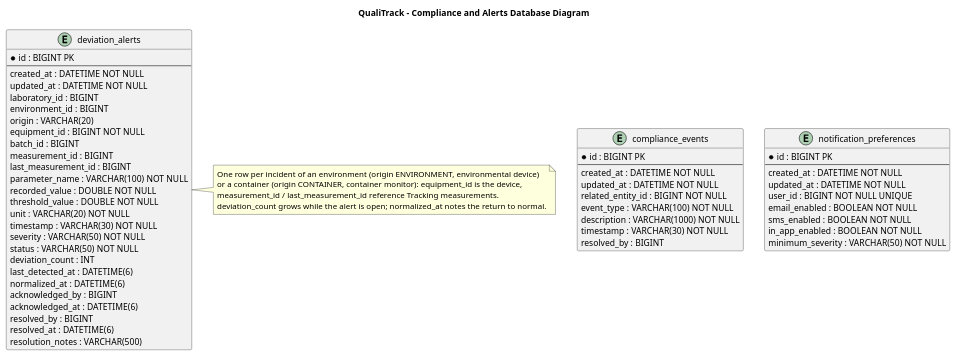
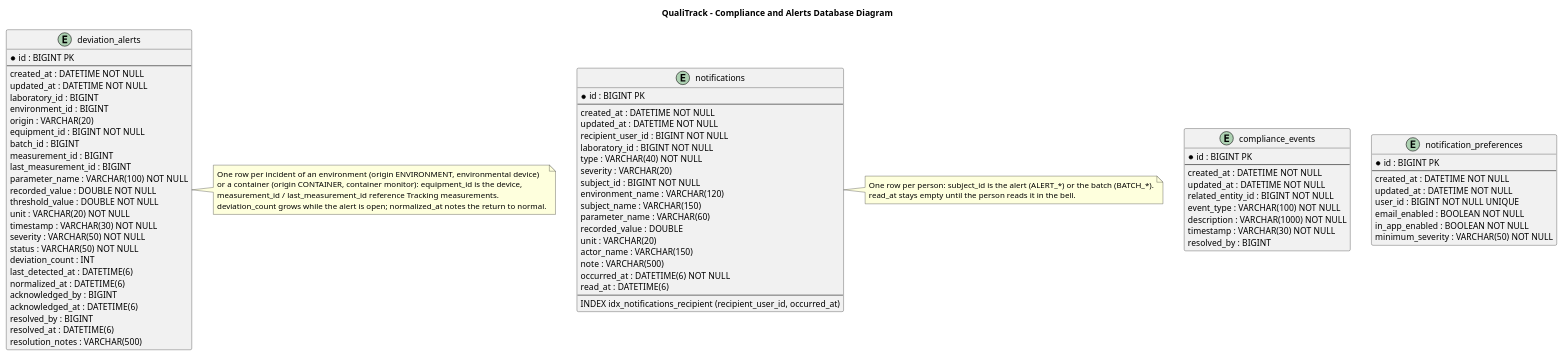
The diagram in docs/diagrams/ca/ca-database-diagram.puml (IoTech-2620-8741/qualitrack-platform), drawn with PlantUML before and after one commit. The commit also changed 9 other files, not shown here.

Commit message:
docs(diagrams): profile context, notifications and account changes

```diff
--- a/docs/diagrams/ca/ca-database-diagram.puml
+++ b/docs/diagrams/ca/ca-database-diagram.puml
@@ -1,68 +1,95 @@
 @startuml ca-database-diagram
 
 title QualiTrack - Compliance and Alerts Database Diagram
 
 hide methods
 hide stereotypes
 
 entity "deviation_alerts" {
   * id : BIGINT PK
   --
   created_at : DATETIME NOT NULL
   updated_at : DATETIME NOT NULL
   laboratory_id : BIGINT
   environment_id : BIGINT
   origin : VARCHAR(20)
   equipment_id : BIGINT NOT NULL
   batch_id : BIGINT
   measurement_id : BIGINT
   last_measurement_id : BIGINT
   parameter_name : VARCHAR(100) NOT NULL
   recorded_value : DOUBLE NOT NULL
   threshold_value : DOUBLE NOT NULL
   unit : VARCHAR(20) NOT NULL
   timestamp : VARCHAR(30) NOT NULL
   severity : VARCHAR(50) NOT NULL
   status : VARCHAR(50) NOT NULL
   deviation_count : INT
   last_detected_at : DATETIME(6)
   normalized_at : DATETIME(6)
   acknowledged_by : BIGINT
   acknowledged_at : DATETIME(6)
   resolved_by : BIGINT
   resolved_at : DATETIME(6)
   resolution_notes : VARCHAR(500)
 }
 
 note right of "deviation_alerts"
   One row per incident of an environment (origin ENVIRONMENT, environmental device)
   or a container (origin CONTAINER, container monitor): equipment_id is the device,
   measurement_id / last_measurement_id reference Tracking measurements.
   deviation_count grows while the alert is open; normalized_at notes the return to normal.
 end note
 
 entity "compliance_events" {
   * id : BIGINT PK
   --
   created_at : DATETIME NOT NULL
   updated_at : DATETIME NOT NULL
   related_entity_id : BIGINT NOT NULL
   event_type : VARCHAR(100) NOT NULL
   description : VARCHAR(1000) NOT NULL
   timestamp : VARCHAR(30) NOT NULL
   resolved_by : BIGINT
 }
 
 entity "notification_preferences" {
   * id : BIGINT PK
   --
   created_at : DATETIME NOT NULL
   updated_at : DATETIME NOT NULL
   user_id : BIGINT NOT NULL UNIQUE
   email_enabled : BOOLEAN NOT NULL
-  sms_enabled : BOOLEAN NOT NULL
   in_app_enabled : BOOLEAN NOT NULL
   minimum_severity : VARCHAR(50) NOT NULL
 }
 
+entity "notifications" {
+  * id : BIGINT PK
+  --
+  created_at : DATETIME NOT NULL
+  updated_at : DATETIME NOT NULL
+  recipient_user_id : BIGINT NOT NULL
+  laboratory_id : BIGINT NOT NULL
+  type : VARCHAR(40) NOT NULL
+  severity : VARCHAR(20)
+  subject_id : BIGINT NOT NULL
+  environment_name : VARCHAR(120)
+  subject_name : VARCHAR(150)
+  parameter_name : VARCHAR(60)
+  recorded_value : DOUBLE
+  unit : VARCHAR(20)
+  actor_name : VARCHAR(150)
+  note : VARCHAR(500)
+  occurred_at : DATETIME(6) NOT NULL
+  read_at : DATETIME(6)
+  --
+  INDEX idx_notifications_recipient (recipient_user_id, occurred_at)
+}
+
+note right of "notifications"
+  One row per person: subject_id is the alert (ALERT_*) or the batch (BATCH_*).
+  read_at stays empty until the person reads it in the bell.
+end note
+
 @enduml
```
